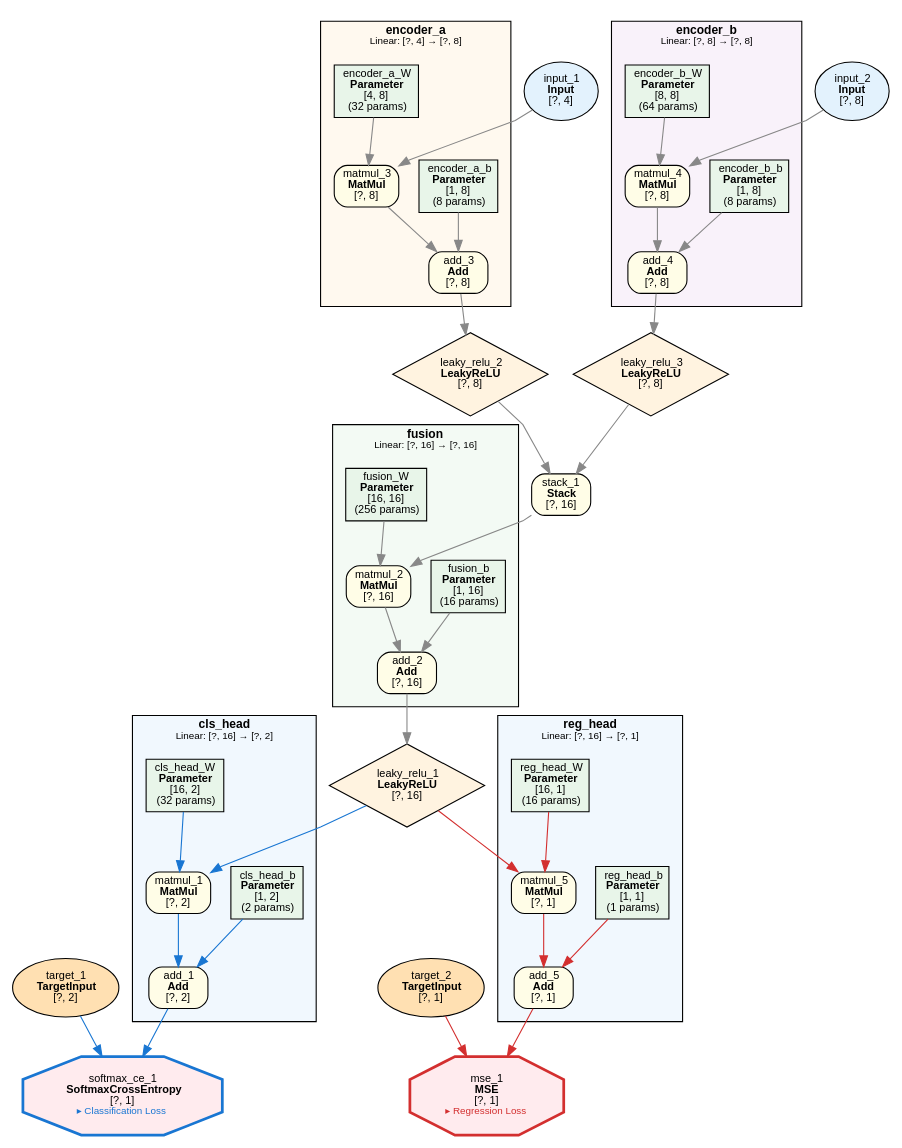
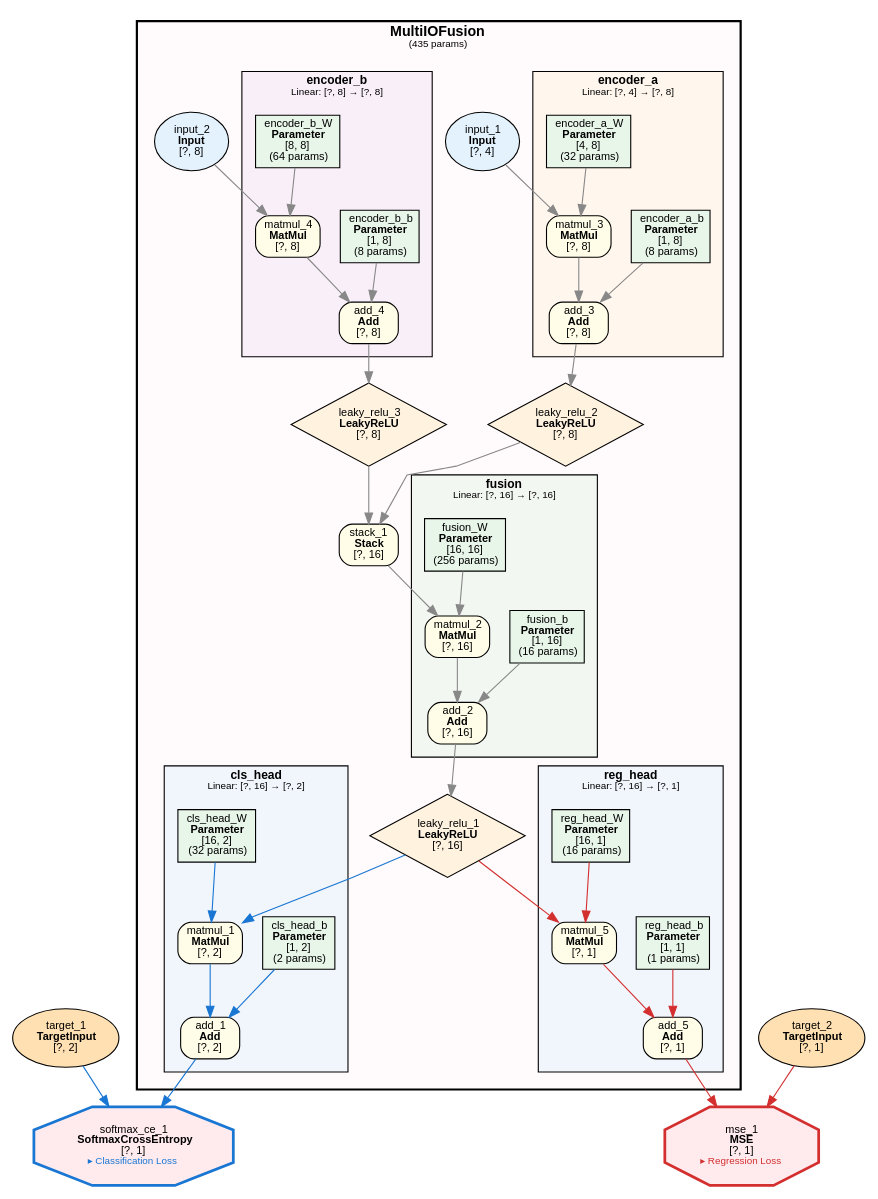
One commit to dbsxdbsx/only_torch changed the diagram in examples/multi_io_fusion/multi_io_fusion.dot. Above: the diagram before and after it, drawn with Graphviz. The commit also changed 29 other files, not shown here.

```diff
--- a/examples/multi_io_fusion/multi_io_fusion.dot
+++ b/examples/multi_io_fusion/multi_io_fusion.dot
@@ -1,113 +1,123 @@
 digraph ComputeGraph {
     rankdir=TB;
     newrank=true;
     splines=polyline;
     node [fontname="Microsoft YaHei,SimHei,Arial"];
     edge [fontname="Microsoft YaHei,SimHei,Arial"];
 
-    subgraph cluster_group_linear_3 {
-        label=<<B>cls_head</B><BR/><FONT POINT-SIZE="9">Linear: [?, 16] → [?, 2]</FONT>>;
-        style=filled;
-        fillcolor="#E3F2FD80";
+    subgraph cluster_model_MultiIOFusion {
+        label=<<B>MultiIOFusion</B><BR/><FONT POINT-SIZE="9">(435 params)</FONT>>;
+        style="filled,bold";
+        fillcolor="#FFEBEE40";
         fontname="Microsoft YaHei,SimHei,Arial";
-        fontsize=11;
-        margin=12;
-            "2" [label=<add_1<BR/><B>Add</B><BR/>[?, 2]> shape=box style="filled,rounded" fillcolor="#FFFDE7" fontsize=10];
-            "4" [label=<matmul_1<BR/><B>MatMul</B><BR/>[?, 2]> shape=box style="filled,rounded" fillcolor="#FFFDE7" fontsize=10];
-            "5" [label=<cls_head_b<BR/><B>Parameter</B><BR/>[1, 2]<BR/>(2 params)> shape=box style=filled fillcolor="#E8F5E9" fontsize=10];
-            "7" [label=<cls_head_W<BR/><B>Parameter</B><BR/>[16, 2]<BR/>(32 params)> shape=box style=filled fillcolor="#E8F5E9" fontsize=10];
-    }
+        fontsize=13;
+        margin=16;
 
-    subgraph cluster_group_linear_2 {
-        label=<<B>fusion</B><BR/><FONT POINT-SIZE="9">Linear: [?, 16] → [?, 16]</FONT>>;
-        style=filled;
-        fillcolor="#E8F5E980";
-        fontname="Microsoft YaHei,SimHei,Arial";
-        fontsize=11;
-        margin=12;
-            "8" [label=<add_2<BR/><B>Add</B><BR/>[?, 16]> shape=box style="filled,rounded" fillcolor="#FFFDE7" fontsize=10];
-            "9" [label=<matmul_2<BR/><B>MatMul</B><BR/>[?, 16]> shape=box style="filled,rounded" fillcolor="#FFFDE7" fontsize=10];
-            "10" [label=<fusion_b<BR/><B>Parameter</B><BR/>[1, 16]<BR/>(16 params)> shape=box style=filled fillcolor="#E8F5E9" fontsize=10];
-            "12" [label=<fusion_W<BR/><B>Parameter</B><BR/>[16, 16]<BR/>(256 params)> shape=box style=filled fillcolor="#E8F5E9" fontsize=10];
-    }
+        subgraph cluster_MultiIOFusion_cls_head {
+            label=<<B>cls_head</B><BR/><FONT POINT-SIZE="9">Linear: [?, 16] → [?, 2]</FONT>>;
+            style=filled;
+            fillcolor="#E3F2FD80";
+            fontname="Microsoft YaHei,SimHei,Arial";
+            fontsize=11;
+            margin=12;
+                "2" [label=<add_1<BR/><B>Add</B><BR/>[?, 2]> shape=box style="filled,rounded" fillcolor="#FFFDE7" fontsize=10];
+                "4" [label=<matmul_1<BR/><B>MatMul</B><BR/>[?, 2]> shape=box style="filled,rounded" fillcolor="#FFFDE7" fontsize=10];
+                "5" [label=<cls_head_b<BR/><B>Parameter</B><BR/>[1, 2]<BR/>(2 params)> shape=box style=filled fillcolor="#E8F5E9" fontsize=10];
+                "7" [label=<cls_head_W<BR/><B>Parameter</B><BR/>[16, 2]<BR/>(32 params)> shape=box style=filled fillcolor="#E8F5E9" fontsize=10];
+        }
 
-    subgraph cluster_group_linear_0 {
-        label=<<B>encoder_a</B><BR/><FONT POINT-SIZE="9">Linear: [?, 4] → [?, 8]</FONT>>;
-        style=filled;
-        fillcolor="#FFF3E080";
-        fontname="Microsoft YaHei,SimHei,Arial";
-        fontsize=11;
-        margin=12;
-            "15" [label=<add_3<BR/><B>Add</B><BR/>[?, 8]> shape=box style="filled,rounded" fillcolor="#FFFDE7" fontsize=10];
-            "17" [label=<matmul_3<BR/><B>MatMul</B><BR/>[?, 8]> shape=box style="filled,rounded" fillcolor="#FFFDE7" fontsize=10];
-            "18" [label=<encoder_a_b<BR/><B>Parameter</B><BR/>[1, 8]<BR/>(8 params)> shape=box style=filled fillcolor="#E8F5E9" fontsize=10];
-            "22" [label=<encoder_a_W<BR/><B>Parameter</B><BR/>[4, 8]<BR/>(32 params)> shape=box style=filled fillcolor="#E8F5E9" fontsize=10];
-    }
+        subgraph cluster_MultiIOFusion_fusion {
+            label=<<B>fusion</B><BR/><FONT POINT-SIZE="9">Linear: [?, 16] → [?, 16]</FONT>>;
+            style=filled;
+            fillcolor="#E8F5E980";
+            fontname="Microsoft YaHei,SimHei,Arial";
+            fontsize=11;
+            margin=12;
+                "8" [label=<add_2<BR/><B>Add</B><BR/>[?, 16]> shape=box style="filled,rounded" fillcolor="#FFFDE7" fontsize=10];
+                "9" [label=<matmul_2<BR/><B>MatMul</B><BR/>[?, 16]> shape=box style="filled,rounded" fillcolor="#FFFDE7" fontsize=10];
+                "10" [label=<fusion_b<BR/><B>Parameter</B><BR/>[1, 16]<BR/>(16 params)> shape=box style=filled fillcolor="#E8F5E9" fontsize=10];
+                "12" [label=<fusion_W<BR/><B>Parameter</B><BR/>[16, 16]<BR/>(256 params)> shape=box style=filled fillcolor="#E8F5E9" fontsize=10];
+        }
 
-    subgraph cluster_group_linear_1 {
-        label=<<B>encoder_b</B><BR/><FONT POINT-SIZE="9">Linear: [?, 8] → [?, 8]</FONT>>;
-        style=filled;
-        fillcolor="#F3E5F580";
-        fontname="Microsoft YaHei,SimHei,Arial";
-        fontsize=11;
-        margin=12;
-            "16" [label=<add_4<BR/><B>Add</B><BR/>[?, 8]> shape=box style="filled,rounded" fillcolor="#FFFDE7" fontsize=10];
-            "19" [label=<matmul_4<BR/><B>MatMul</B><BR/>[?, 8]> shape=box style="filled,rounded" fillcolor="#FFFDE7" fontsize=10];
-            "20" [label=<encoder_b_b<BR/><B>Parameter</B><BR/>[1, 8]<BR/>(8 params)> shape=box style=filled fillcolor="#E8F5E9" fontsize=10];
-            "24" [label=<encoder_b_W<BR/><B>Parameter</B><BR/>[8, 8]<BR/>(64 params)> shape=box style=filled fillcolor="#E8F5E9" fontsize=10];
-    }
+        subgraph cluster_MultiIOFusion_encoder_a {
+            label=<<B>encoder_a</B><BR/><FONT POINT-SIZE="9">Linear: [?, 4] → [?, 8]</FONT>>;
+            style=filled;
+            fillcolor="#FFF3E080";
+            fontname="Microsoft YaHei,SimHei,Arial";
+            fontsize=11;
+            margin=12;
+                "15" [label=<add_3<BR/><B>Add</B><BR/>[?, 8]> shape=box style="filled,rounded" fillcolor="#FFFDE7" fontsize=10];
+                "17" [label=<matmul_3<BR/><B>MatMul</B><BR/>[?, 8]> shape=box style="filled,rounded" fillcolor="#FFFDE7" fontsize=10];
+                "18" [label=<encoder_a_b<BR/><B>Parameter</B><BR/>[1, 8]<BR/>(8 params)> shape=box style=filled fillcolor="#E8F5E9" fontsize=10];
+                "22" [label=<encoder_a_W<BR/><B>Parameter</B><BR/>[4, 8]<BR/>(32 params)> shape=box style=filled fillcolor="#E8F5E9" fontsize=10];
+        }
 
-    subgraph cluster_group_linear_4 {
-        label=<<B>reg_head</B><BR/><FONT POINT-SIZE="9">Linear: [?, 16] → [?, 1]</FONT>>;
-        style=filled;
-        fillcolor="#E3F2FD80";
-        fontname="Microsoft YaHei,SimHei,Arial";
-        fontsize=11;
-        margin=12;
-            "26" [label=<add_5<BR/><B>Add</B><BR/>[?, 1]> shape=box style="filled,rounded" fillcolor="#FFFDE7" fontsize=10];
-            "28" [label=<matmul_5<BR/><B>MatMul</B><BR/>[?, 1]> shape=box style="filled,rounded" fillcolor="#FFFDE7" fontsize=10];
-            "29" [label=<reg_head_b<BR/><B>Parameter</B><BR/>[1, 1]<BR/>(1 params)> shape=box style=filled fillcolor="#E8F5E9" fontsize=10];
-            "30" [label=<reg_head_W<BR/><B>Parameter</B><BR/>[16, 1]<BR/>(16 params)> shape=box style=filled fillcolor="#E8F5E9" fontsize=10];
+        subgraph cluster_MultiIOFusion_encoder_b {
+            label=<<B>encoder_b</B><BR/><FONT POINT-SIZE="9">Linear: [?, 8] → [?, 8]</FONT>>;
+            style=filled;
+            fillcolor="#F3E5F580";
+            fontname="Microsoft YaHei,SimHei,Arial";
+            fontsize=11;
+            margin=12;
+                "16" [label=<add_4<BR/><B>Add</B><BR/>[?, 8]> shape=box style="filled,rounded" fillcolor="#FFFDE7" fontsize=10];
+                "19" [label=<matmul_4<BR/><B>MatMul</B><BR/>[?, 8]> shape=box style="filled,rounded" fillcolor="#FFFDE7" fontsize=10];
+                "20" [label=<encoder_b_b<BR/><B>Parameter</B><BR/>[1, 8]<BR/>(8 params)> shape=box style=filled fillcolor="#E8F5E9" fontsize=10];
+                "24" [label=<encoder_b_W<BR/><B>Parameter</B><BR/>[8, 8]<BR/>(64 params)> shape=box style=filled fillcolor="#E8F5E9" fontsize=10];
+        }
+
+        subgraph cluster_MultiIOFusion_reg_head {
+            label=<<B>reg_head</B><BR/><FONT POINT-SIZE="9">Linear: [?, 16] → [?, 1]</FONT>>;
+            style=filled;
+            fillcolor="#E3F2FD80";
+            fontname="Microsoft YaHei,SimHei,Arial";
+            fontsize=11;
+            margin=12;
+                "26" [label=<add_5<BR/><B>Add</B><BR/>[?, 1]> shape=box style="filled,rounded" fillcolor="#FFFDE7" fontsize=10];
+                "28" [label=<matmul_5<BR/><B>MatMul</B><BR/>[?, 1]> shape=box style="filled,rounded" fillcolor="#FFFDE7" fontsize=10];
+                "29" [label=<reg_head_b<BR/><B>Parameter</B><BR/>[1, 1]<BR/>(1 params)> shape=box style=filled fillcolor="#E8F5E9" fontsize=10];
+                "30" [label=<reg_head_W<BR/><B>Parameter</B><BR/>[16, 1]<BR/>(16 params)> shape=box style=filled fillcolor="#E8F5E9" fontsize=10];
+        }
+
+        "6" [label=<leaky_relu_1<BR/><B>LeakyReLU</B><BR/>[?, 16]> shape=diamond style=filled fillcolor="#FFF3E0" fontsize=10];
+        "11" [label=<stack_1<BR/><B>Stack</B><BR/>[?, 16]> shape=box style="filled,rounded" fillcolor="#FFFDE7" fontsize=10];
+        "13" [label=<leaky_relu_2<BR/><B>LeakyReLU</B><BR/>[?, 8]> shape=diamond style=filled fillcolor="#FFF3E0" fontsize=10];
+        "14" [label=<leaky_relu_3<BR/><B>LeakyReLU</B><BR/>[?, 8]> shape=diamond style=filled fillcolor="#FFF3E0" fontsize=10];
+        "21" [label=<input_1<BR/><B>Input</B><BR/>[?, 4]> shape=ellipse style=filled fillcolor="#E3F2FD" fontsize=10];
+        "23" [label=<input_2<BR/><B>Input</B><BR/>[?, 8]> shape=ellipse style=filled fillcolor="#E3F2FD" fontsize=10];
     }
 
     "1" [label=<softmax_ce_1<BR/><B>SoftmaxCrossEntropy</B><BR/>[?, 1]<BR/><FONT COLOR="#1976D2" POINT-SIZE="9">▸ Classification Loss</FONT>> shape=octagon style=filled fillcolor="#FFEBEE" fontsize=10 penwidth=2.5 color="#1976D2"];
     "3" [label=<target_1<BR/><B>TargetInput</B><BR/>[?, 2]> shape=ellipse style=filled fillcolor="#FFE0B2" fontsize=10];
-    "6" [label=<leaky_relu_1<BR/><B>LeakyReLU</B><BR/>[?, 16]> shape=diamond style=filled fillcolor="#FFF3E0" fontsize=10];
-    "11" [label=<stack_1<BR/><B>Stack</B><BR/>[?, 16]> shape=box style="filled,rounded" fillcolor="#FFFDE7" fontsize=10];
-    "13" [label=<leaky_relu_2<BR/><B>LeakyReLU</B><BR/>[?, 8]> shape=diamond style=filled fillcolor="#FFF3E0" fontsize=10];
-    "14" [label=<leaky_relu_3<BR/><B>LeakyReLU</B><BR/>[?, 8]> shape=diamond style=filled fillcolor="#FFF3E0" fontsize=10];
-    "21" [label=<input_1<BR/><B>Input</B><BR/>[?, 4]> shape=ellipse style=filled fillcolor="#E3F2FD" fontsize=10];
-    "23" [label=<input_2<BR/><B>Input</B><BR/>[?, 8]> shape=ellipse style=filled fillcolor="#E3F2FD" fontsize=10];
     "25" [label=<mse_1<BR/><B>MSE</B><BR/>[?, 1]<BR/><FONT COLOR="#D32F2F" POINT-SIZE="9">▸ Regression Loss</FONT>> shape=octagon style=filled fillcolor="#FFEBEE" fontsize=10 penwidth=2.5 color="#D32F2F"];
     "27" [label=<target_2<BR/><B>TargetInput</B><BR/>[?, 1]> shape=ellipse style=filled fillcolor="#FFE0B2" fontsize=10];
 
     "2" -> "1" [color="#1976D2"];
     "3" -> "1" [color="#1976D2"];
     "4" -> "2" [color="#1976D2"];
     "5" -> "2" [color="#1976D2"];
     "6" -> "4" [color="#1976D2"];
     "7" -> "4" [color="#1976D2"];
     "8" -> "6" [color="#888888"];
     "9" -> "8" [color="#888888"];
     "10" -> "8" [color="#888888"];
     "11" -> "9" [color="#888888"];
     "12" -> "9" [color="#888888"];
     "13" -> "11" [color="#888888"];
     "14" -> "11" [color="#888888"];
     "15" -> "13" [color="#888888"];
     "16" -> "14" [color="#888888"];
     "17" -> "15" [color="#888888"];
     "18" -> "15" [color="#888888"];
     "19" -> "16" [color="#888888"];
     "20" -> "16" [color="#888888"];
     "21" -> "17" [color="#888888"];
     "22" -> "17" [color="#888888"];
     "23" -> "19" [color="#888888"];
     "24" -> "19" [color="#888888"];
     "26" -> "25" [color="#D32F2F"];
     "27" -> "25" [color="#D32F2F"];
     "28" -> "26" [color="#D32F2F"];
     "29" -> "26" [color="#D32F2F"];
     "6" -> "28" [color="#D32F2F"];
     "30" -> "28" [color="#D32F2F"];
 }
```
